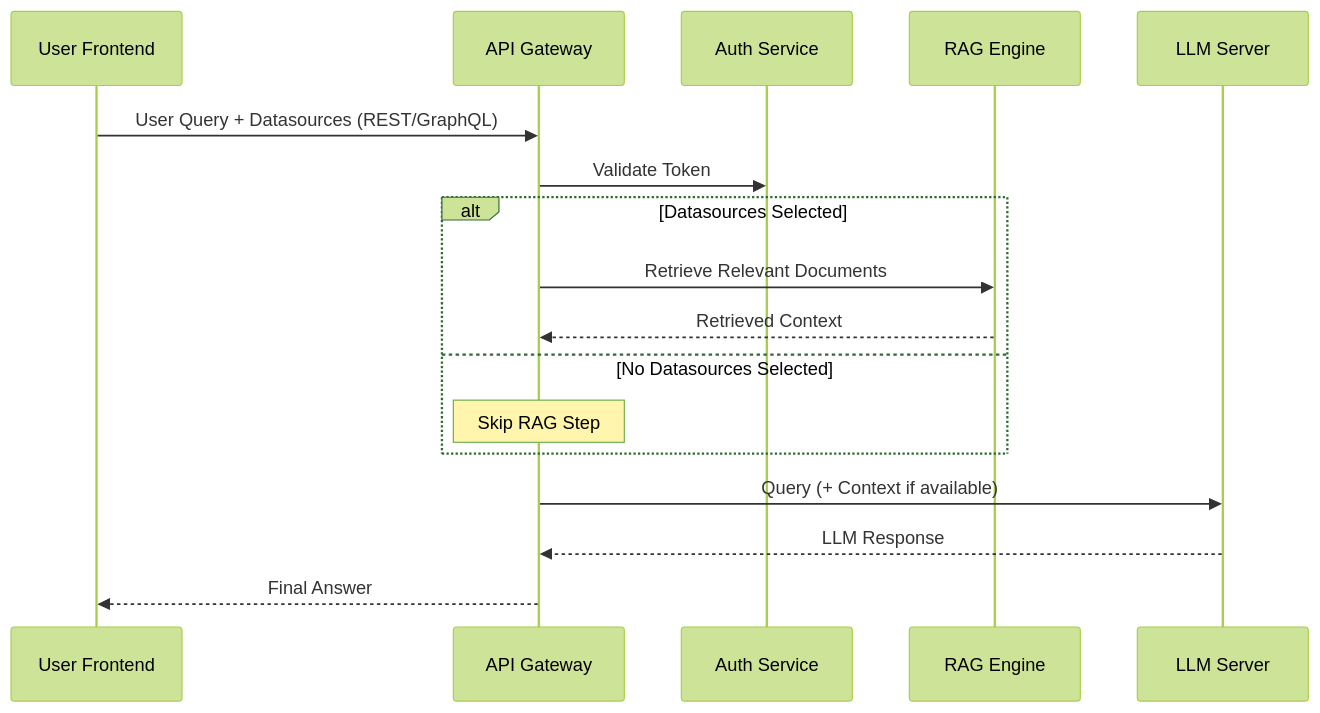
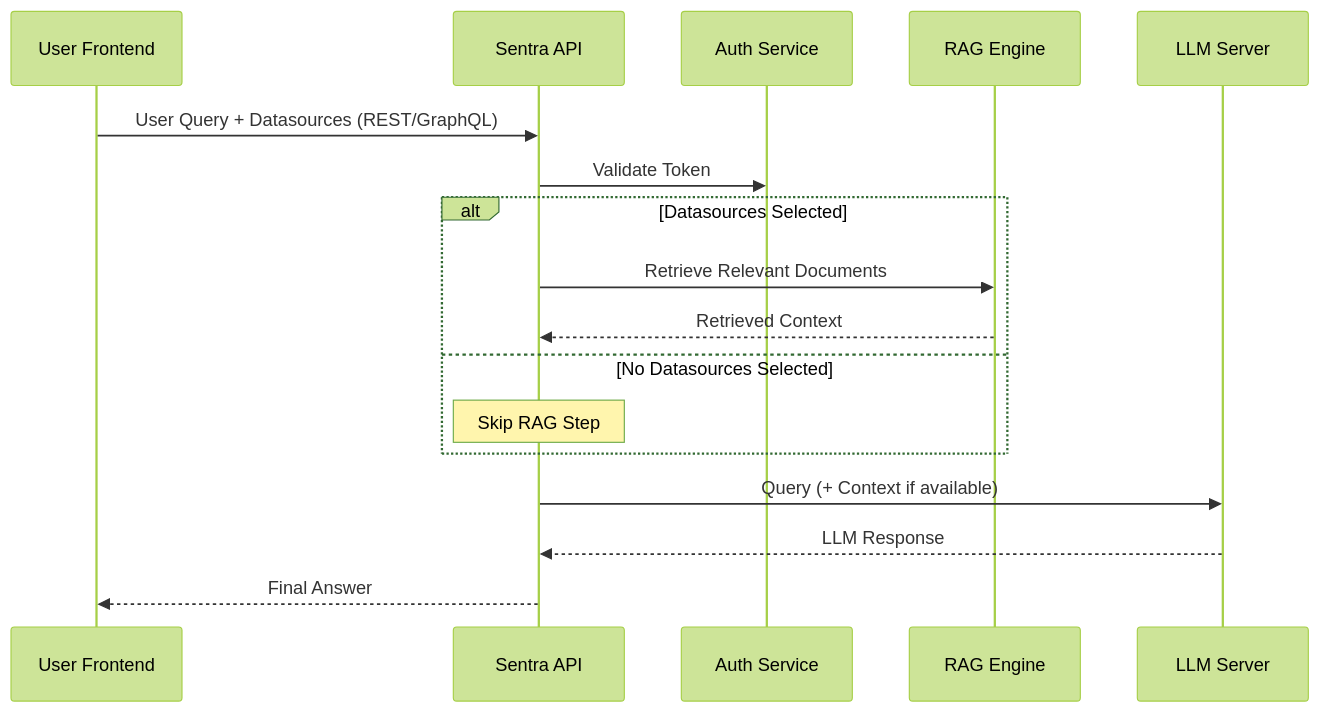
Before and after one commit to Sentra-Brain/sentra-platform: the first of 4 diagrams in docs/arc42/06_runtime_view.md, drawn with Mermaid (forest theme). The commit also changed other lines of this file and 2 other files, not shown here.

Commit message:
Refine architecture documentation: update solution strategy and building block views for clarity and detail, including enhanced descriptions of MCP servers and API interactions.

````diff
--- a/docs/arc42/06_runtime_view.md
+++ b/docs/arc42/06_runtime_view.md
@@ -35,20 +35,20 @@
 ```mermaid
 sequenceDiagram
     participant User as User Frontend
-    participant API as API Gateway
+    participant API as Sentra API
     participant Auth as Auth Service
     participant RAG as RAG Engine
     participant LLM as LLM Server
 
     User->>API: User Query + Datasources (REST/GraphQL)
     API->>Auth: Validate Token
     alt Datasources Selected
         API->>RAG: Retrieve Relevant Documents
         RAG-->>API: Retrieved Context
     else No Datasources Selected
         Note over API: Skip RAG Step
     end
     API->>LLM: Query (+ Context if available)
     LLM-->>API: LLM Response
     API-->>User: Final Answer
 ```
````
